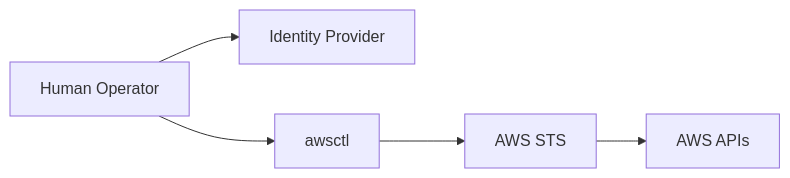
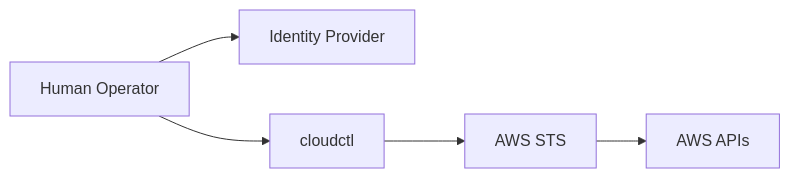
One commit to hoad-org/cloudctl changed the diagram in docs/wiki/arch-awsctl-mission.md. Above: the diagram before and after it, drawn with Mermaid. The commit also changed other lines of this file and 198 other files, not shown here.

````diff
--- a/docs/wiki/arch-awsctl-mission.md
+++ b/docs/wiki/arch-awsctl-mission.md
@@ -71,13 +71,13 @@
 ```mermaid
 flowchart LR
     Human[Human Operator]
     IdP[Identity Provider]
-    awsctl[awsctl]
+    cloudctl[cloudctl]
     STS[AWS STS]
     AWS[AWS APIs]
 
     Human --> IdP
-    Human --> awsctl
-    awsctl --> STS
+    Human --> cloudctl
+    cloudctl --> STS
     STS --> AWS
 ```
````
